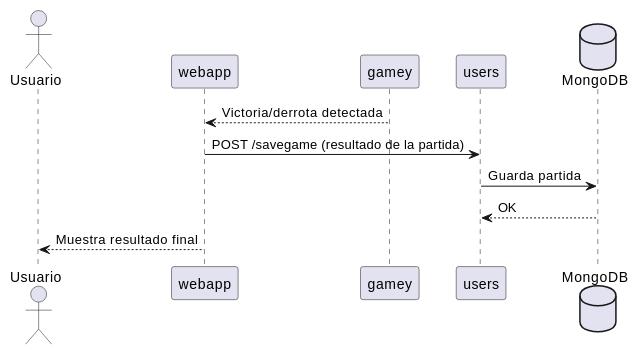
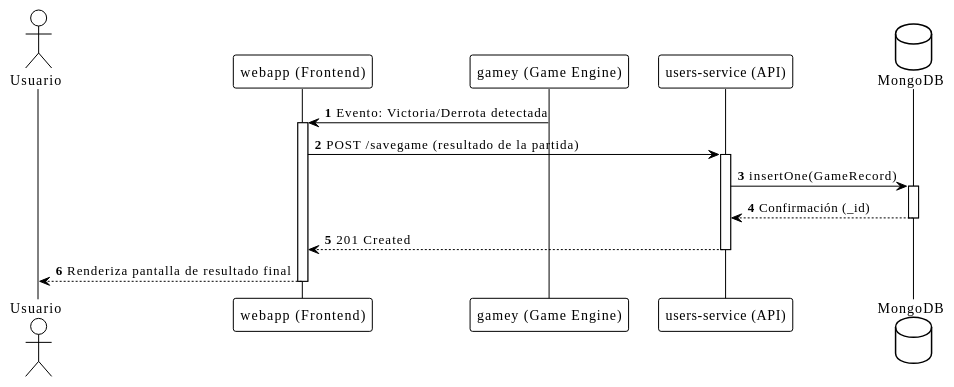
One commit to Arquisoft/yovi_es2a changed the fourth of 6 diagrams in docs/src/06_runtime_view.adoc. Above: the diagram before and after it, drawn with PlantUML. The commit also changed other lines of this file and 2 other files, not shown here.

```diff
--- a/docs/src/06_runtime_view.adoc
+++ b/docs/src/06_runtime_view.adoc
@@ -69,16 +64,27 @@
 [plantuml, runtime-endgame, png]
-----
+....
 @startuml
+!theme plain
+autonumber
+skinparam monochrome true
+
 actor Usuario
-participant "webapp" as web
-participant "gamey" as gamey
-participant "users" as users
+participant "webapp (Frontend)" as web
+participant "gamey (Game Engine)" as gamey
+participant "users-service (API)" as users
 database "MongoDB" as mongo
 
-gamey --> web: Victoria/derrota detectada
+gamey -> web: Evento: Victoria/Derrota detectada
+activate web
 web -> users: POST /savegame (resultado de la partida)
-users -> mongo: Guarda partida
-mongo --> users: OK
-web --> Usuario: Muestra resultado final
+activate users
+users -> mongo: insertOne(GameRecord)
+activate mongo
+mongo --> users: Confirmación (_id)
+deactivate mongo
+users --> web: 201 Created
+deactivate users
+web --> Usuario: Renderiza pantalla de resultado final
+deactivate web
 @enduml
-----
+....
```
